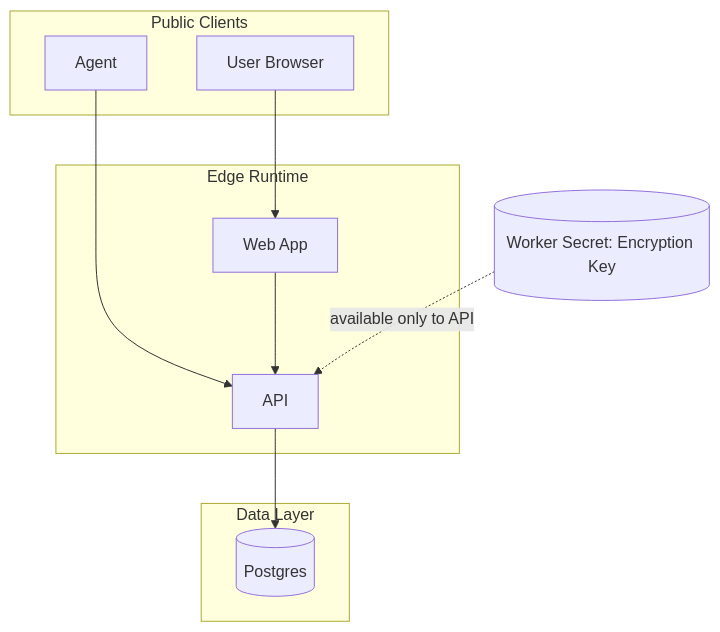
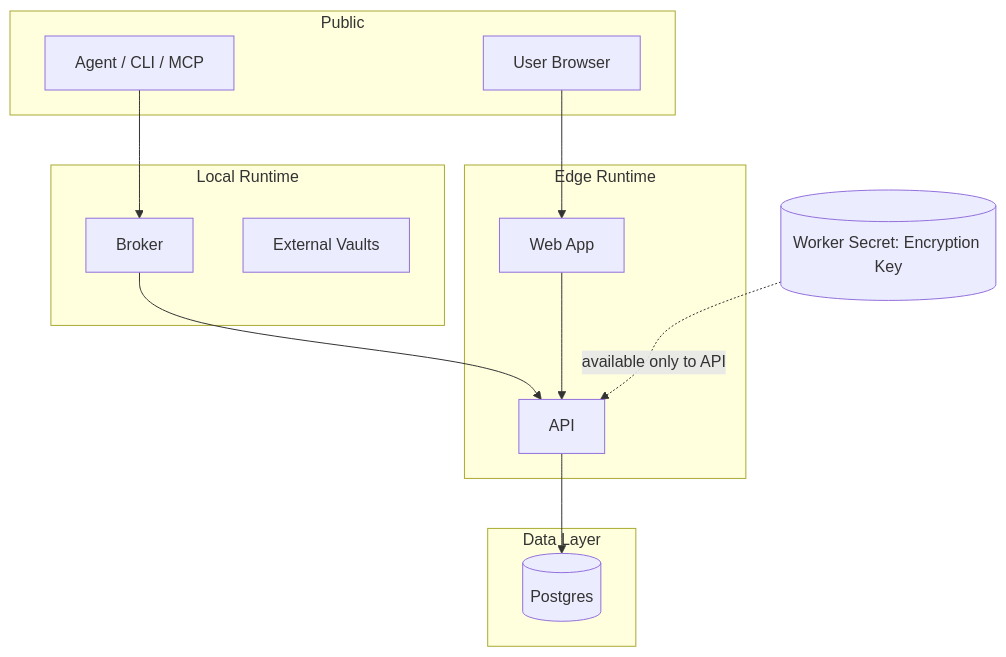
Before and after one commit to punitarani/abadge: the third of 5 diagrams in docs/ARCHITECTURE.md, drawn with Mermaid. The commit also changed other lines of this file and 98 other files, not shown here.

First line of the commit message:
v2: Agent credential firewall and runtime access layer

````diff
--- a/docs/ARCHITECTURE.md
+++ b/docs/ARCHITECTURE.md
@@ -141,23 +180,29 @@
 ```mermaid
 flowchart TB
-  subgraph Public Clients
+  subgraph Public
     U[User Browser]
-    A[Agent]
+    A[Agent / CLI / MCP]
   end
 
   subgraph Edge Runtime
     W[Web App]
     API[API]
   end
 
+  subgraph Local Runtime
+    Broker[Broker]
+    ExtVault[External Vaults]
+  end
+
   subgraph Data Layer
     DB[(Postgres)]
   end
 
   U --> W
-  A --> API
+  A --> Broker
+  Broker --> API
   W --> API
   API --> DB
 
   K[(Worker Secret: Encryption Key)] -. available only to API .-> API
 ```
````
